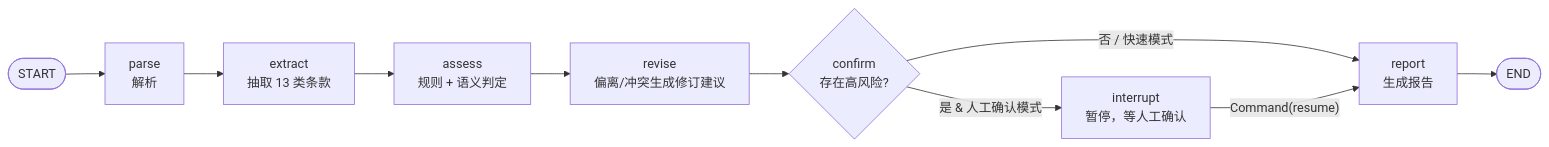
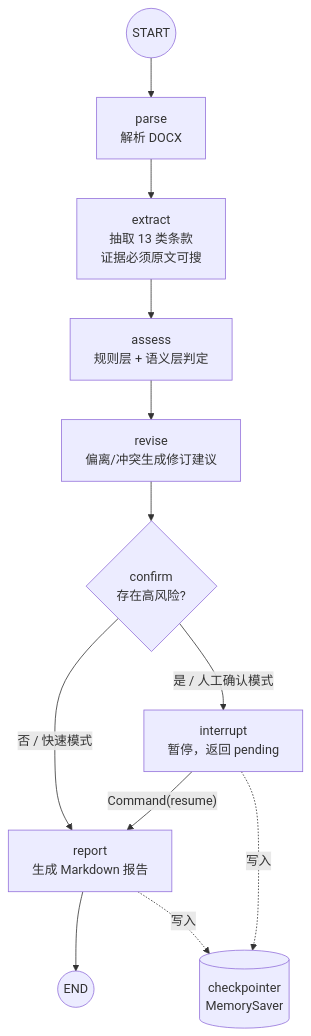
One commit to Chenchengg77/contract-review-agent changed the second of 2 diagrams in README.md. Above: the diagram before and after it, drawn with Mermaid. The commit also changed other lines of this file, not shown here.

````diff
--- a/README.md
+++ b/README.md
@@ -132,12 +137,14 @@
 ```mermaid
-flowchart LR
-    S([START]) --> P["parse<br/>解析"]
-    P --> E["extract<br/>抽取 13 类条款"]
-    E --> A["assess<br/>规则 + 语义判定"]
+flowchart TB
+    S((START)) --> P["parse<br/>解析 DOCX"]
+    P --> E["extract<br/>抽取 13 类条款<br/>证据必须原文可搜"]
+    E --> A["assess<br/>规则层 + 语义层判定"]
     A --> RV["revise<br/>偏离/冲突生成修订建议"]
     RV --> C{"confirm<br/>存在高风险?"}
-    C -- "否 / 快速模式" --> R["report<br/>生成报告"]
-    C -- "是 & 人工确认模式" --> I["interrupt<br/>暂停，等人工确认"]
+    C -- "否 / 快速模式" --> R["report<br/>生成 Markdown 报告"]
+    C -- "是 / 人工确认模式" --> I["interrupt<br/>暂停，返回 pending"]
     I -- "Command(resume)" --> R
-    R --> EN([END])
+    R --> EN((END))
+    I -. 写入 .-> CK[("checkpointer<br/>MemorySaver")]
+    R -. 写入 .-> CK
 ```
````
